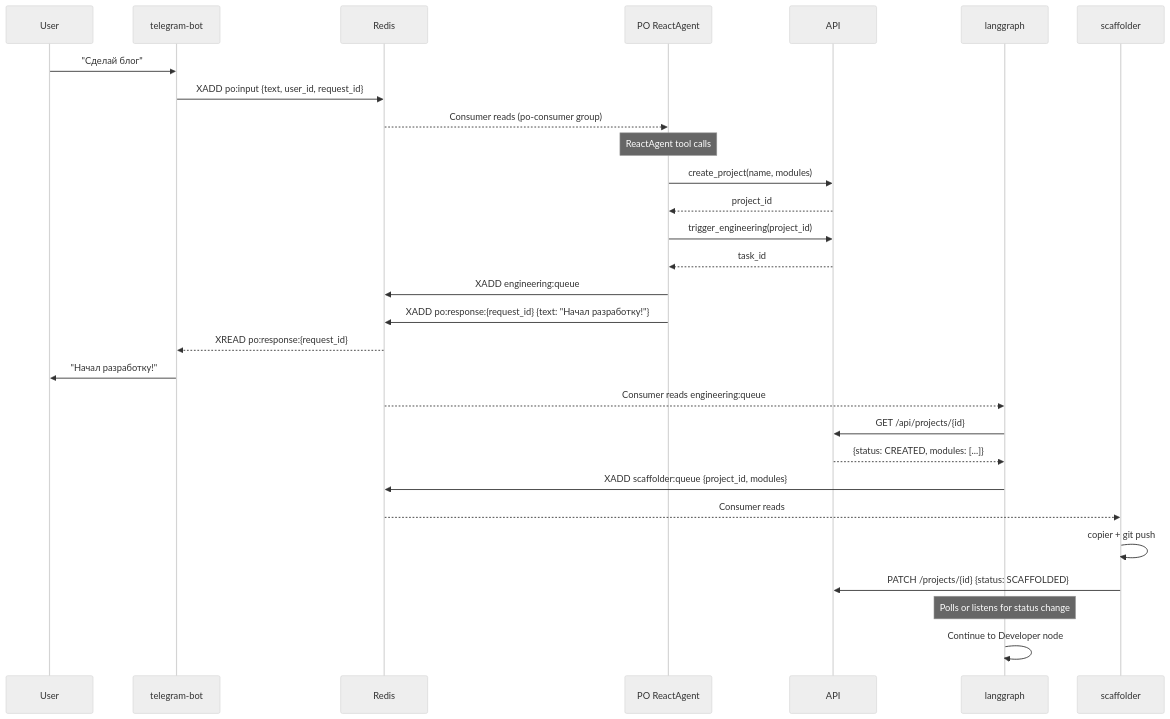
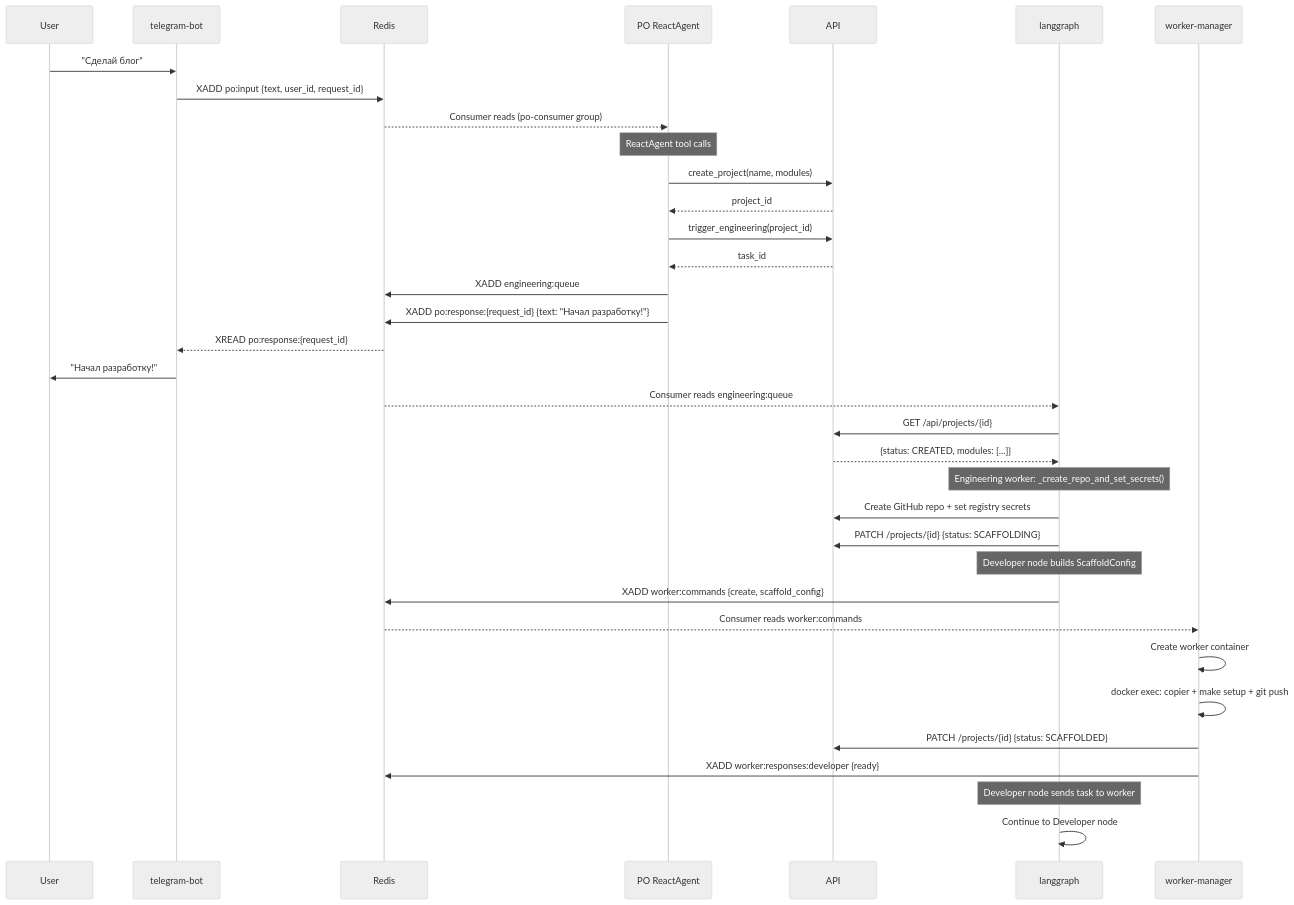
Before and after one commit to vladmesh/codegen_orchestrator: the first of 3 diagrams in docs/CONTRACTS.md, drawn with Mermaid (neutral theme). The commit also changed other lines of this file and 43 other files, not shown here.

First line of the commit message:
feat: remove scaffolder service, inline scaffold phase into worker-manager

````diff
--- a/docs/CONTRACTS.md
+++ b/docs/CONTRACTS.md
@@ -130,34 +127,40 @@
 ```mermaid
 sequenceDiagram
     participant User
     participant TG as telegram-bot
     participant Redis
     participant PO as PO ReactAgent
     participant API
     participant LG as langgraph
-    participant Scaff as scaffolder
+    participant WM as worker-manager
 
     User->>TG: "Сделай блог"
     TG->>Redis: XADD po:input {text, user_id, request_id}
     Redis-->>PO: Consumer reads (po-consumer group)
 
     Note over PO: ReactAgent tool calls
     PO->>API: create_project(name, modules)
     API-->>PO: project_id
     PO->>API: trigger_engineering(project_id)
     API-->>PO: task_id
     PO->>Redis: XADD engineering:queue
     PO->>Redis: XADD po:response:{request_id} {text: "Начал разработку!"}
     Redis-->>TG: XREAD po:response:{request_id}
     TG->>User: "Начал разработку!"
 
     Redis-->>LG: Consumer reads engineering:queue
     LG->>API: GET /api/projects/{id}
     API-->>LG: {status: CREATED, modules: [...]}
-    LG->>Redis: XADD scaffolder:queue {project_id, modules}
-    Redis-->>Scaff: Consumer reads
-    Scaff->>Scaff: copier + git push
-    Scaff->>API: PATCH /projects/{id} {status: SCAFFOLDED}
-    Note over LG: Polls or listens for status change
+    Note over LG: Engineering worker: _create_repo_and_set_secrets()
+    LG->>API: Create GitHub repo + set registry secrets
+    LG->>API: PATCH /projects/{id} {status: SCAFFOLDING}
+    Note over LG: Developer node builds ScaffoldConfig
+    LG->>Redis: XADD worker:commands {create, scaffold_config}
+    Redis-->>WM: Consumer reads worker:commands
+    WM->>WM: Create worker container
+    WM->>WM: docker exec: copier + make setup + git push
+    WM->>API: PATCH /projects/{id} {status: SCAFFOLDED}
+    WM->>Redis: XADD worker:responses:developer {ready}
+    Note over LG: Developer node sends task to worker
     LG->>LG: Continue to Developer node
 ```
````
